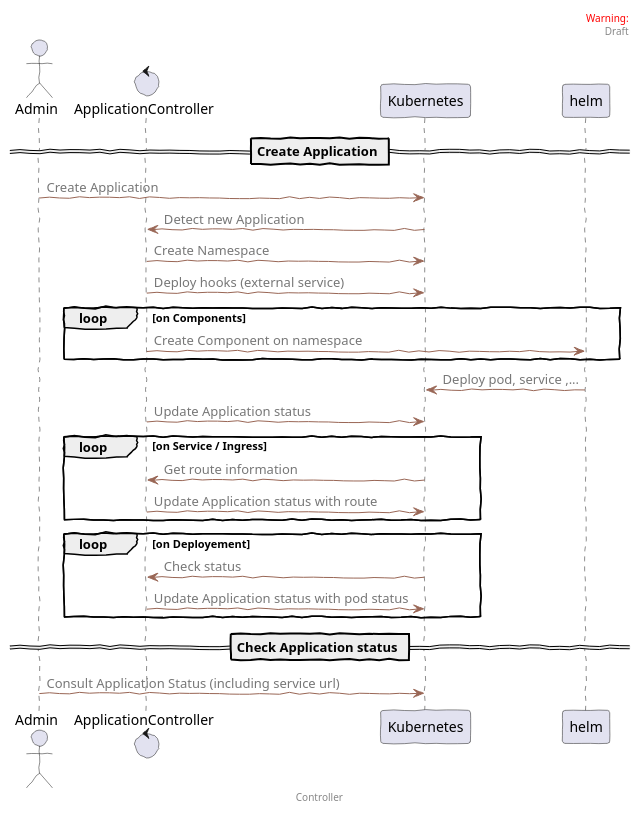
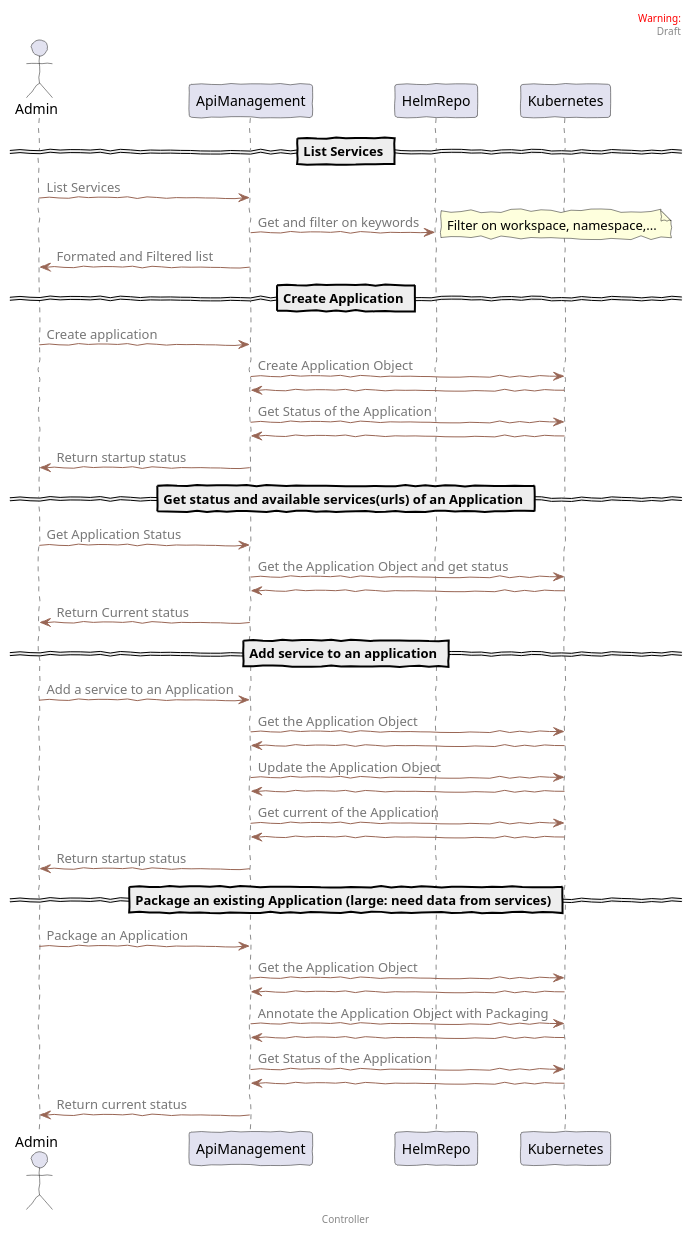
The diagram in doc/schema/ApiSeq.puml (enablecloud/kulbe), drawn with PlantUML before and after one commit. The commit also changed 8 other files, not shown here.

Commit message:
Add schema and doc

```diff
--- a/doc/schema/ApiSeq.puml
+++ b/doc/schema/ApiSeq.puml
@@ -1,59 +1,77 @@
 @startuml
 
 ' color to use
 ' #FFB05A
 ' #FFB05A
 ' #D5E821
 ' #31FFB4
 ' #514BEF
 skinparam handwritten true
 
 skinparam interface {
   backgroundColor RosyBrown
   borderColor orange
 }
 
 skinparam object {
 	ArrowColor DeepSkyBlue
 	ActorBorderColor DeepSkyBlue
     BackgroundColor<<Apache>> Red
     BorderColor<<Apache>> #FF6655
     FontName Courier
     BackgroundColor <<Blue>> DeepSkyBlue
     BorderColor black
     BackgroundColor gold
     ArrowFontName Impact
     ArrowColor #996655
     ArrowFontColor #777777
 
 }
 
 header
 <font color=red>Warning:</font>
 Draft
 endheader
 center footer Controller
 
 actor Admin
-control ApplicationController
+
+== List Services ==
+Admin -> ApiManagement : List Services
+ApiManagement -> HelmRepo : Get and filter on keywords
+note right
+    Filter on workspace, namespace,...
+end note
+ApiManagement -> Admin : Formated and Filtered list
+
 == Create Application ==
-Admin -> Kubernetes: Create Application
-Kubernetes -> ApplicationController: Detect new Application
-ApplicationController -> Kubernetes : Create Namespace
-ApplicationController -> Kubernetes : Deploy hooks (external service)
-loop on Components
-    ApplicationController -> helm : Create Component on namespace
-end
-helm -> Kubernetes : Deploy pod, service ,...
-ApplicationController-> Kubernetes: Update Application status
-loop on Service / Ingress
-Kubernetes -> ApplicationController : Get route information
-ApplicationController-> Kubernetes: Update Application status with route
-end
-loop on Deployement
-Kubernetes -> ApplicationController : Check status
-ApplicationController-> Kubernetes: Update Application status with pod status
-end
-== Check Application status ==
-Admin -> Kubernetes: Consult Application Status (including service url)
+Admin -> ApiManagement : Create application
+ApiManagement -> Kubernetes : Create Application Object
+ApiManagement <- Kubernetes
+ApiManagement -> Kubernetes : Get Status of the Application
+ApiManagement <- Kubernetes
+ApiManagement -> Admin : Return startup status
+== Get status and available services(urls) of an Application ==
+Admin -> ApiManagement : Get Application Status
+ApiManagement -> Kubernetes : Get the Application Object and get status
+ApiManagement <- Kubernetes
+ApiManagement -> Admin : Return Current status
+== Add service to an application ==
+Admin -> ApiManagement : Add a service to an Application
+ApiManagement -> Kubernetes : Get the Application Object
+ApiManagement <- Kubernetes
+ApiManagement -> Kubernetes : Update the Application Object
+ApiManagement <- Kubernetes
+ApiManagement -> Kubernetes : Get current of the Application
+ApiManagement <- Kubernetes
+ApiManagement -> Admin : Return startup status
+== Package an existing Application (large: need data from services) ==
+Admin -> ApiManagement : Package an Application
+ApiManagement -> Kubernetes : Get the Application Object
+ApiManagement <- Kubernetes
+ApiManagement -> Kubernetes : Annotate the Application Object with Packaging
+ApiManagement <- Kubernetes
+ApiManagement -> Kubernetes : Get Status of the Application
+ApiManagement <- Kubernetes
+ApiManagement -> Admin : Return current status
 @enduml
```
